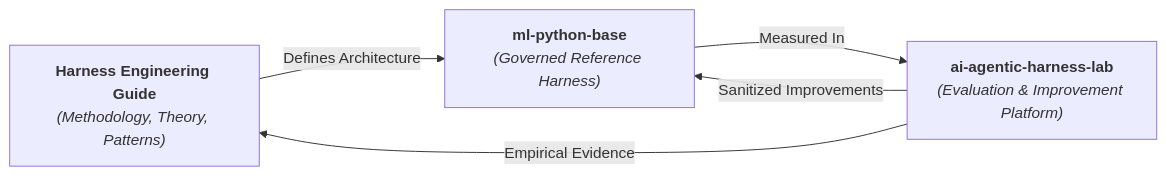
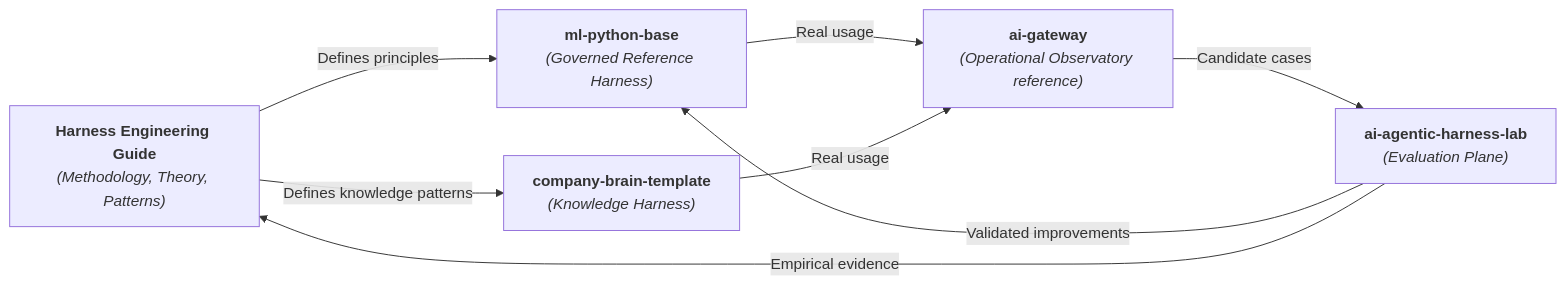
Before and after one commit to marcosdh1987/harness-engineering-guide: the second of 2 diagrams in README.md, drawn with Mermaid. The commit also changed other lines of this file and 34 other files, not shown here.

````diff
--- a/README.md
+++ b/README.md
@@ -42,11 +42,16 @@
 ```mermaid
 flowchart LR
     GUIDE["<b>Harness Engineering Guide</b><br/><i>(Methodology, Theory, Patterns)</i>"]
     MPB["<b>ml-python-base</b><br/><i>(Governed Reference Harness)</i>"]
-    LAB["<b>ai-agentic-harness-lab</b><br/><i>(Evaluation & Improvement Platform)</i>"]
+    BRAIN["<b>company-brain-template</b><br/><i>(Knowledge Harness)</i>"]
+    OBS["<b>ai-gateway</b><br/><i>(Operational Observatory reference)</i>"]
+    LAB["<b>ai-agentic-harness-lab</b><br/><i>(Evaluation Plane)</i>"]
 
-    GUIDE -->|"Defines Architecture"| MPB
-    MPB -->|"Measured In"| LAB
-    LAB -->|"Sanitized Improvements"| MPB
-    LAB -->|"Empirical Evidence"| GUIDE
+    GUIDE -->|"Defines principles"| MPB
+    GUIDE -->|"Defines knowledge patterns"| BRAIN
+    MPB -->|"Real usage"| OBS
+    BRAIN -->|"Real usage"| OBS
+    OBS -->|"Candidate cases"| LAB
+    LAB -->|"Validated improvements"| MPB
+    LAB -->|"Empirical evidence"| GUIDE
 ```
````
